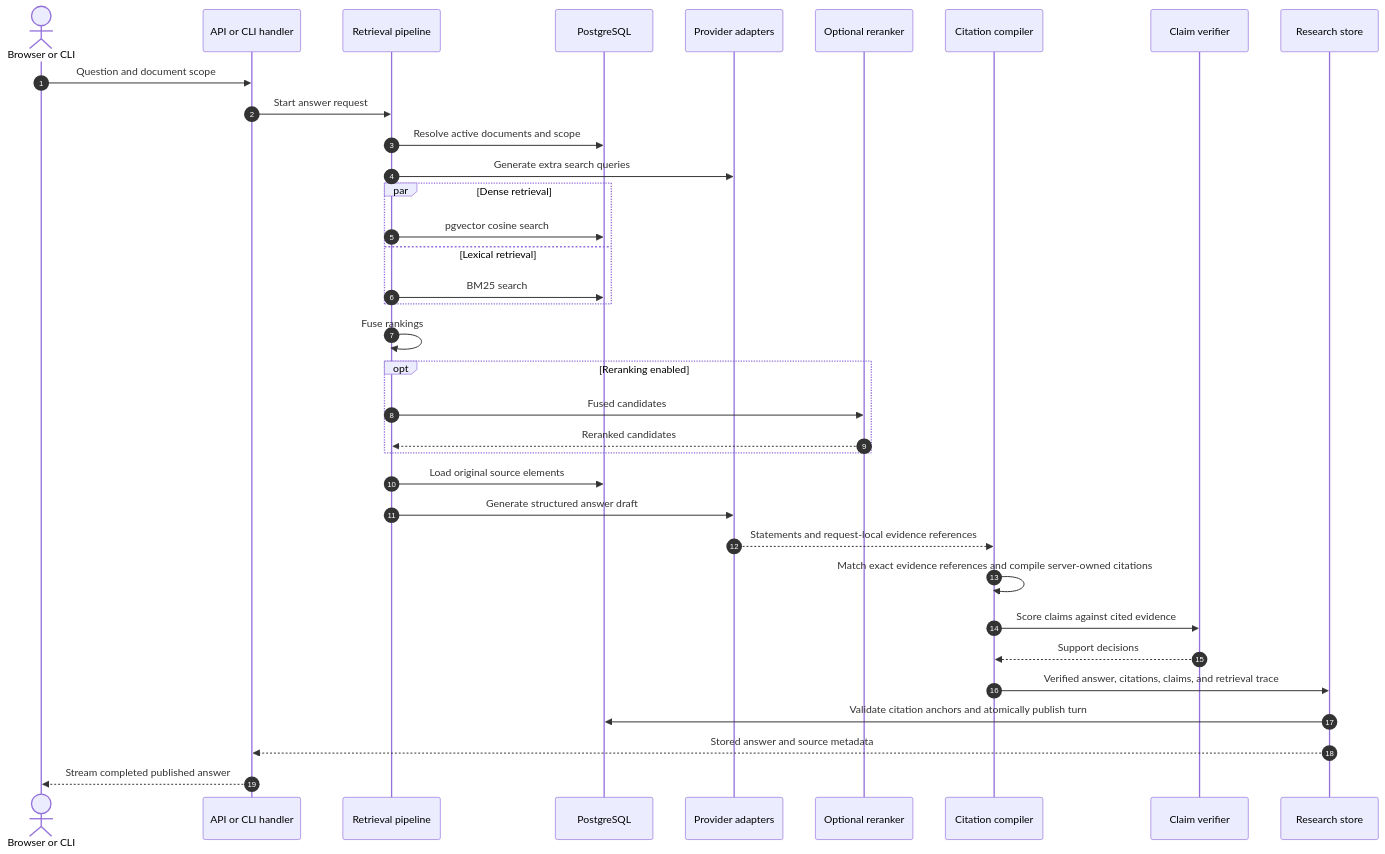
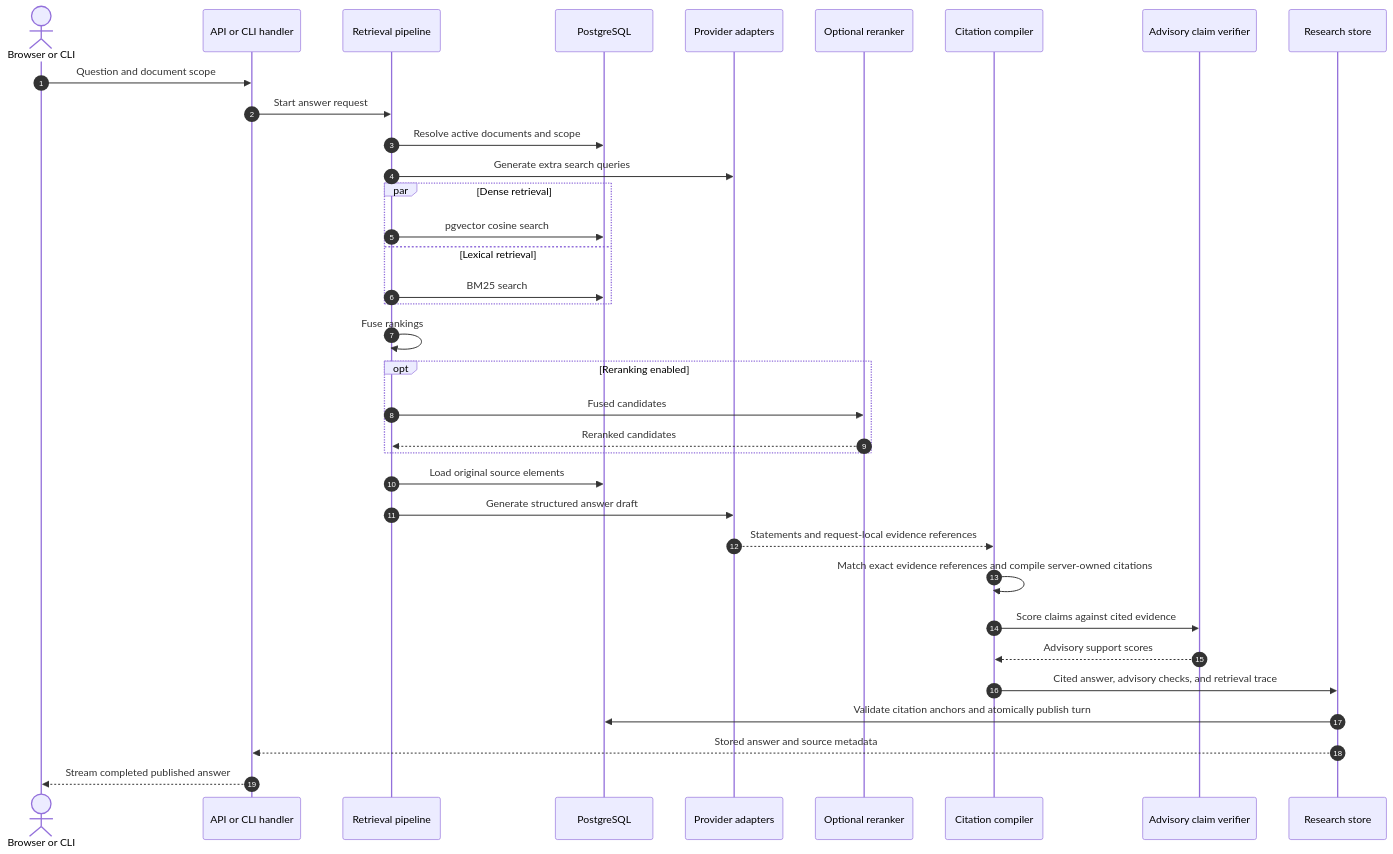
Before and after one commit to sageil/citeloom: the fourth of 4 diagrams in docs/architecture.md, drawn with Mermaid. The commit also changed other lines of this file and 86 other files, not shown here.

Commit message:
feat: improve grounded retrieval and answer handling

````diff
--- a/docs/architecture.md
+++ b/docs/architecture.md
@@ -182,38 +185,38 @@
 ```mermaid
 sequenceDiagram
     autonumber
     actor Client as Browser or CLI
     participant Entry as API or CLI handler
     participant Query as Retrieval pipeline
     participant DB as PostgreSQL
     participant AI as Provider adapters
     participant Ranker as Optional reranker
     participant Validate as Citation compiler
-    participant HHEM as Claim verifier
+    participant HHEM as Advisory claim verifier
     participant Research as Research store
 
     Client->>Entry: Question and document scope
     Entry->>Query: Start answer request
     Query->>DB: Resolve active documents and scope
     Query->>AI: Generate extra search queries
     par Dense retrieval
         Query->>DB: pgvector cosine search
     and Lexical retrieval
         Query->>DB: BM25 search
     end
     Query->>Query: Fuse rankings
     opt Reranking enabled
         Query->>Ranker: Fused candidates
         Ranker-->>Query: Reranked candidates
     end
     Query->>DB: Load original source elements
     Query->>AI: Generate structured answer draft
     AI-->>Validate: Statements and request-local evidence references
     Validate->>Validate: Match exact evidence references and compile server-owned citations
     Validate->>HHEM: Score claims against cited evidence
-    HHEM-->>Validate: Support decisions
-    Validate->>Research: Verified answer, citations, claims, and retrieval trace
+    HHEM-->>Validate: Advisory support scores
+    Validate->>Research: Cited answer, advisory checks, and retrieval trace
     Research->>DB: Validate citation anchors and atomically publish turn
     Research-->>Entry: Stored answer and source metadata
     Entry-->>Client: Stream completed published answer
 ```
````
